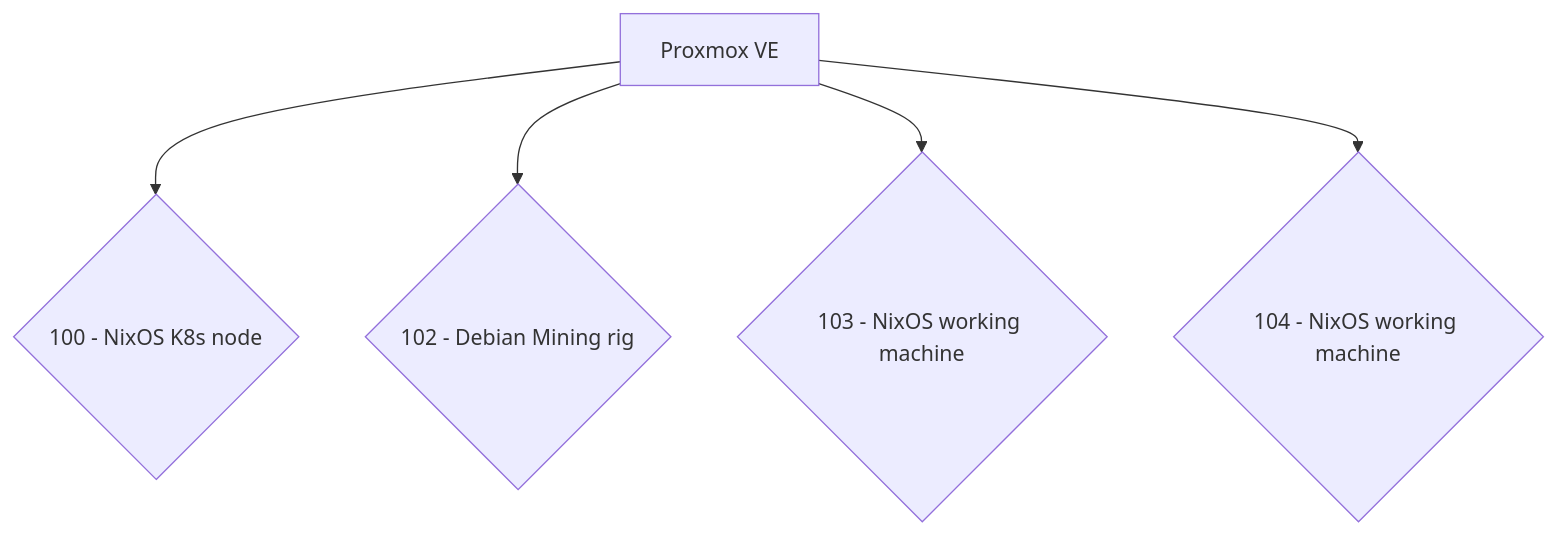
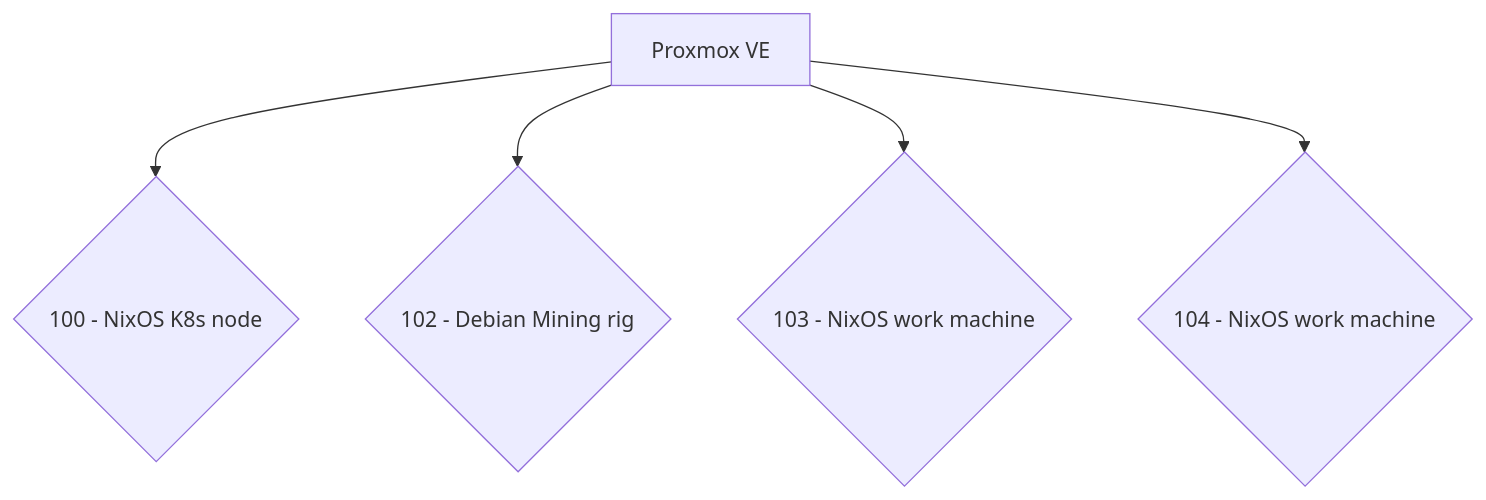
Before and after one commit to portothree/dotfiles: the diagram in homelab/README.md, drawn with Mermaid.

````diff
--- a/homelab/README.md
+++ b/homelab/README.md
@@ -3,7 +3,7 @@
 ```mermaid
 flowchart TD
-	A[Proxmox VE] --> B{100 - NixOS K8s node};
-	A --> C{102 - Debian Mining rig};
-	A --> D{103 - NixOS working machine};
-	A --> E{104 - NixOS working machine};
+	A[Proxmox VE] --> 100{100 - NixOS K8s node};
+	A --> 102{102 - Debian Mining rig};
+	A --> 103{103 - NixOS work machine};
+	A --> 104{104 - NixOS work machine};
 ```
````
